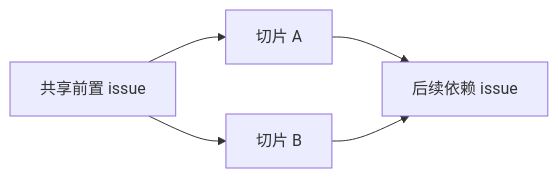
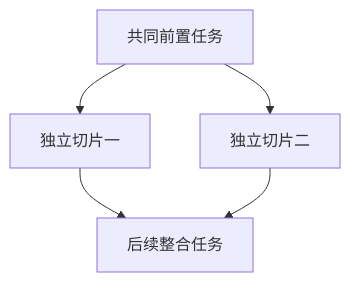
The third of 10 diagrams in Full Walkthrough Workflow for AI Coding — Matt Pocock/book.md (JoeyRedfield/videobook), drawn with Mermaid before and after one commit. The commit also changed other lines of this file and 21 other files, not shown here.

````diff
--- a/Full Walkthrough Workflow for AI Coding — Matt Pocock/book.md
+++ b/Full Walkthrough Workflow for AI Coding — Matt Pocock/book.md
@@ -114,7 +422,7 @@
 ```mermaid
-flowchart LR
-    P[共享前置 issue] --> A[切片 A]
-    P --> B[切片 B]
-    A --> C[后续依赖 issue]
-    B --> C
+flowchart TD
+    A[共同前置任务] --> B[独立切片一]
+    A --> C[独立切片二]
+    B --> D[后续整合任务]
+    C --> D
 ```
````
